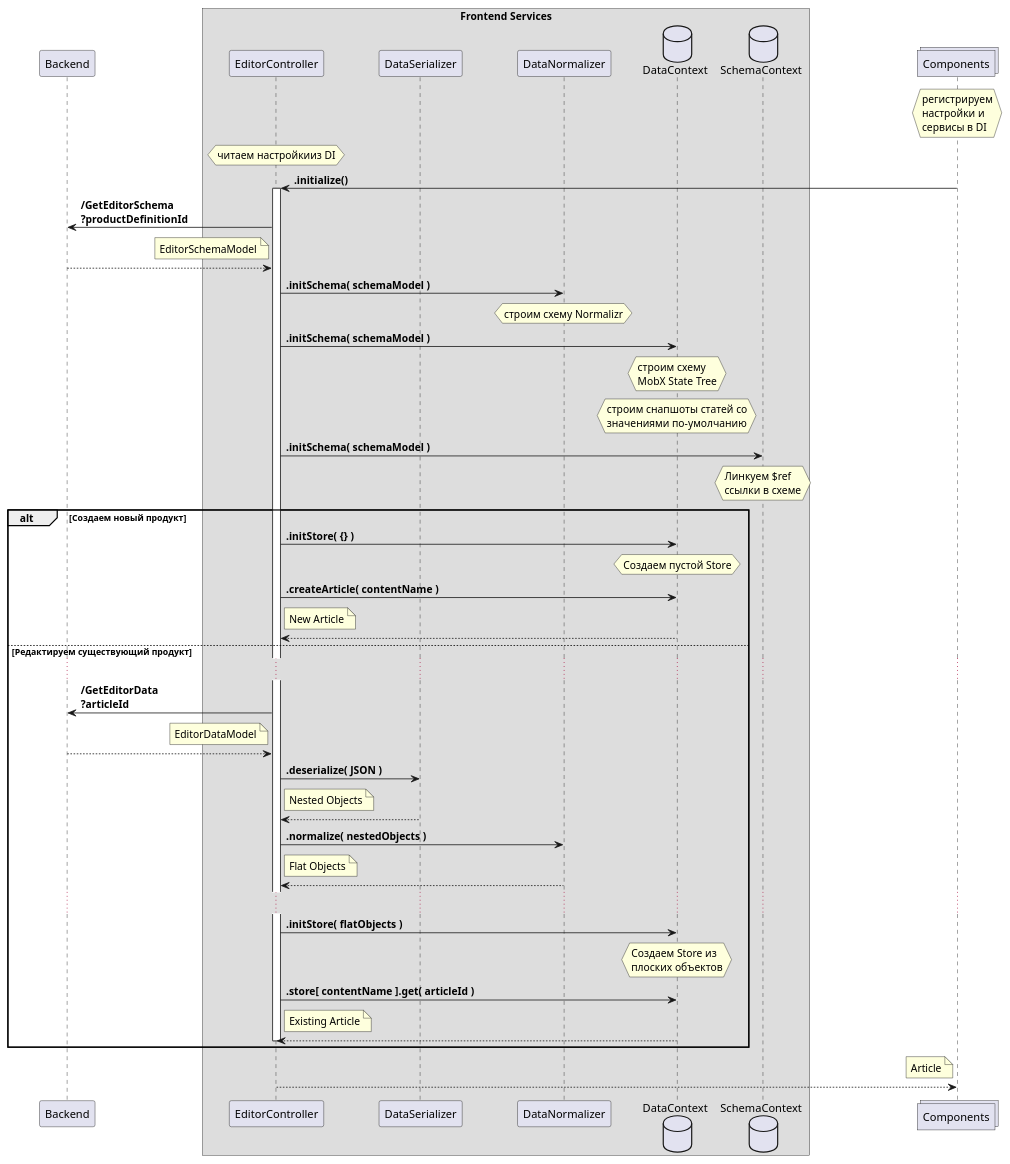
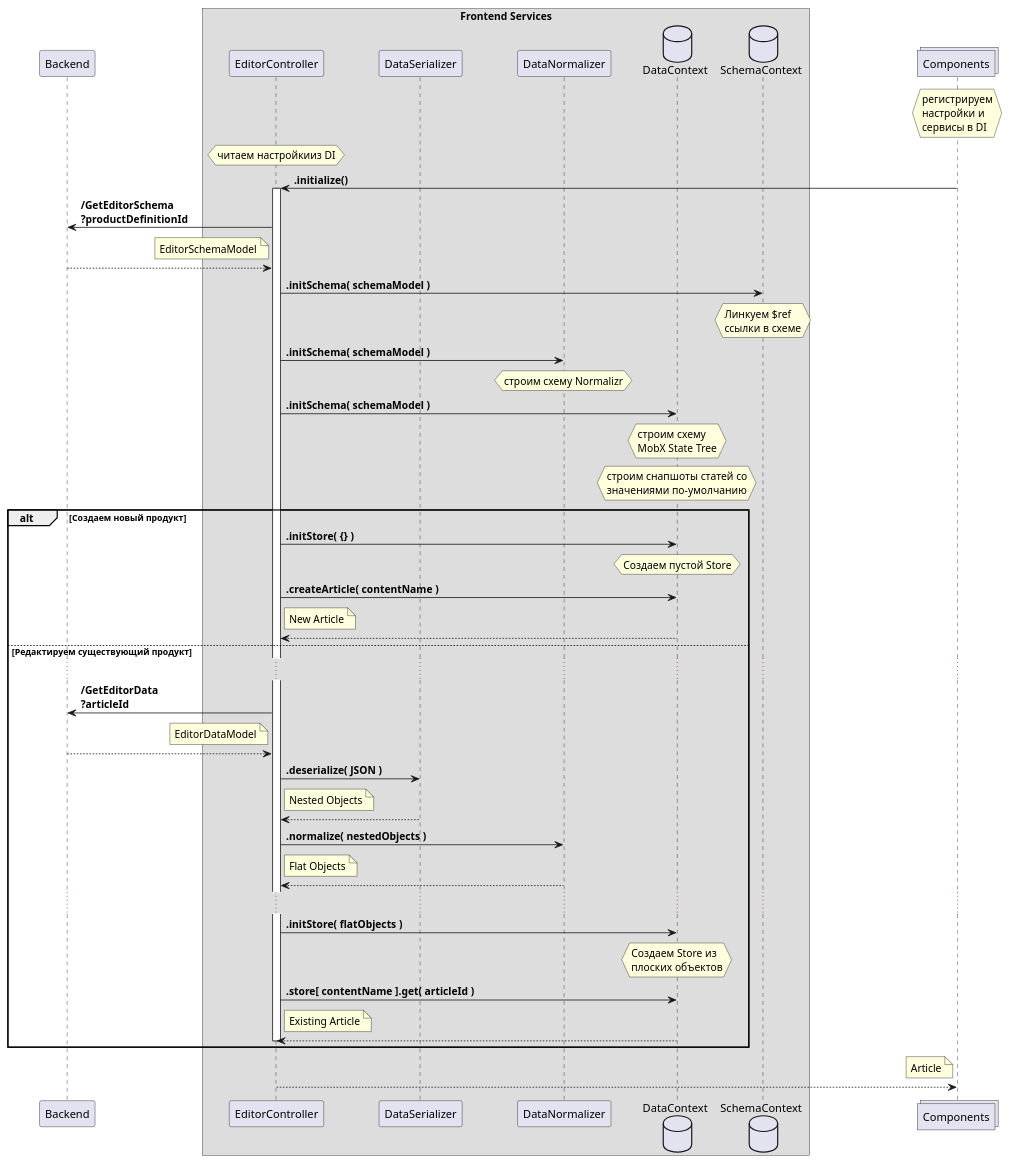
One commit to QuantumArt/QA.DPC changed the diagram in QA.ProductCatalog.Admin.WebApp/Docs/ProductEditor/EditorInitialization.puml. Above: the diagram before and after it, drawn with PlantUML. The commit also changed 5 other files, not shown here.

```diff
--- a/QA.ProductCatalog.Admin.WebApp/Docs/ProductEditor/EditorInitialization.puml
+++ b/QA.ProductCatalog.Admin.WebApp/Docs/ProductEditor/EditorInitialization.puml
@@ -1,100 +1,100 @@
 @startuml EditorInitialization
 skinparam shadowing false
 skinparam ParticipantPadding 30
 skinparam BoxPadding 100
 
 participant Backend
 
 box "Frontend Services"
 participant EditorController
 participant DataSerializer
 participant DataNormalizer
 database DataContext
 database SchemaContext
 end box
 
 collections Components
 
 hnote over Components
   регистрируем
   настройки и
   сервисы в DI
 end note
 
 hnote over EditorController
   читаем настройкииз DI
 end note
 
 Components -> EditorController: <b>.initialize()
 activate EditorController
 
 EditorController -> Backend: <b>/GetEditorSchema\n<b>?productDefinitionId
 note left of EditorController: EditorSchemaModel
-Backend --> EditorController:
+Backend --> EditorController
+
+EditorController -> SchemaContext: <b>.initSchema( schemaModel )
+hnote over SchemaContext
+ Линкуем $ref
+ ссылки в схеме
+end note
 
 EditorController -> DataNormalizer: <b>.initSchema( schemaModel )
 hnote over DataNormalizer: строим схему Normalizr
 
 EditorController -> DataContext: <b>.initSchema( schemaModel )
 hnote over DataContext
   строим схему
   MobX State Tree
 end note
 hnote over DataContext
   строим снапшоты статей со
   значениями по-умолчанию
-end note
-
-EditorController -> SchemaContext: <b>.initSchema( schemaModel )
-hnote over SchemaContext
- Линкуем $ref
- ссылки в схеме
 end note
 
 alt Создаем новый продукт
 
   EditorController -> DataContext: <b>.initStore( {} )
   hnote over DataContext: Создаем пустой Store
 
   EditorController -> DataContext: <b>.createArticle( contentName )
 
   note right of EditorController: New Article
   DataContext --> EditorController
 
 else Редактируем существующий продукт
 
   ...
 
   EditorController -> Backend: <b>/GetEditorData\n<b>?articleId
   note left of EditorController: EditorDataModel
   Backend --> EditorController:
 
   EditorController -> DataSerializer: <b>.deserialize( JSON )
   note right of EditorController: Nested Objects
   DataSerializer --> EditorController
 
   EditorController -> DataNormalizer: <b>.normalize( nestedObjects )
   note right of EditorController: Flat Objects
   DataNormalizer --> EditorController
 
   ...
 
   EditorController -> DataContext: <b>.initStore( flatObjects )
   hnote over DataContext
     Создаем Store из
     плоских объектов
   end note
 
   EditorController -> DataContext: <b>.store[ contentName ].get( articleId )
   note right of EditorController: Existing Article
   DataContext --> EditorController
 
 deactivate EditorController
 end
 
 note left of Components: Article
 EditorController --> Components
 
 deactivate EditorController
 
 @enduml
```
